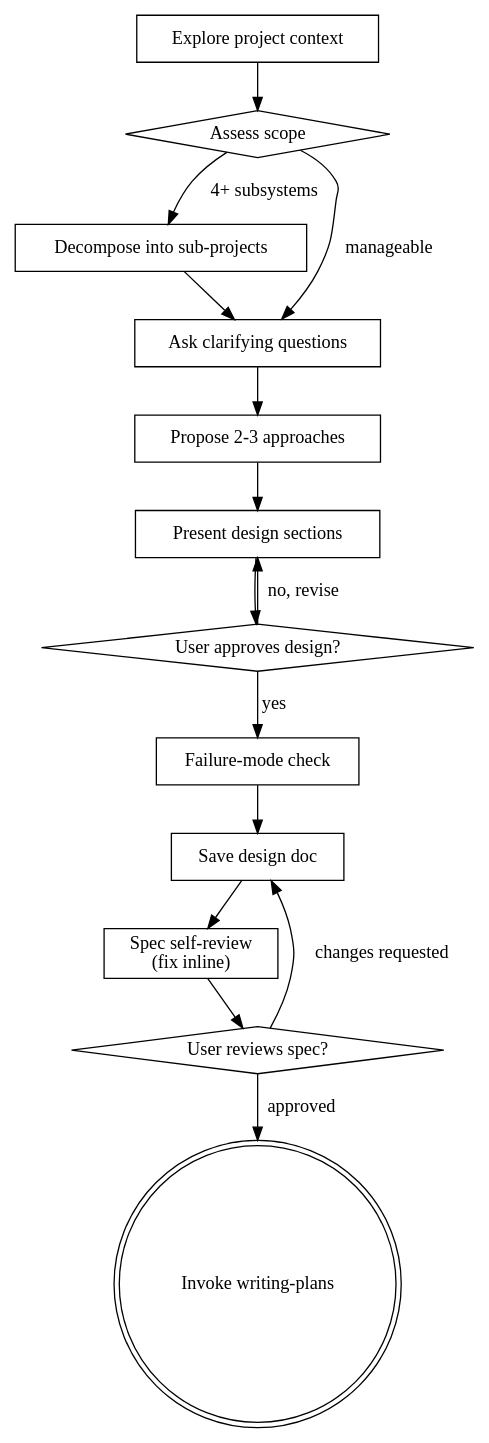
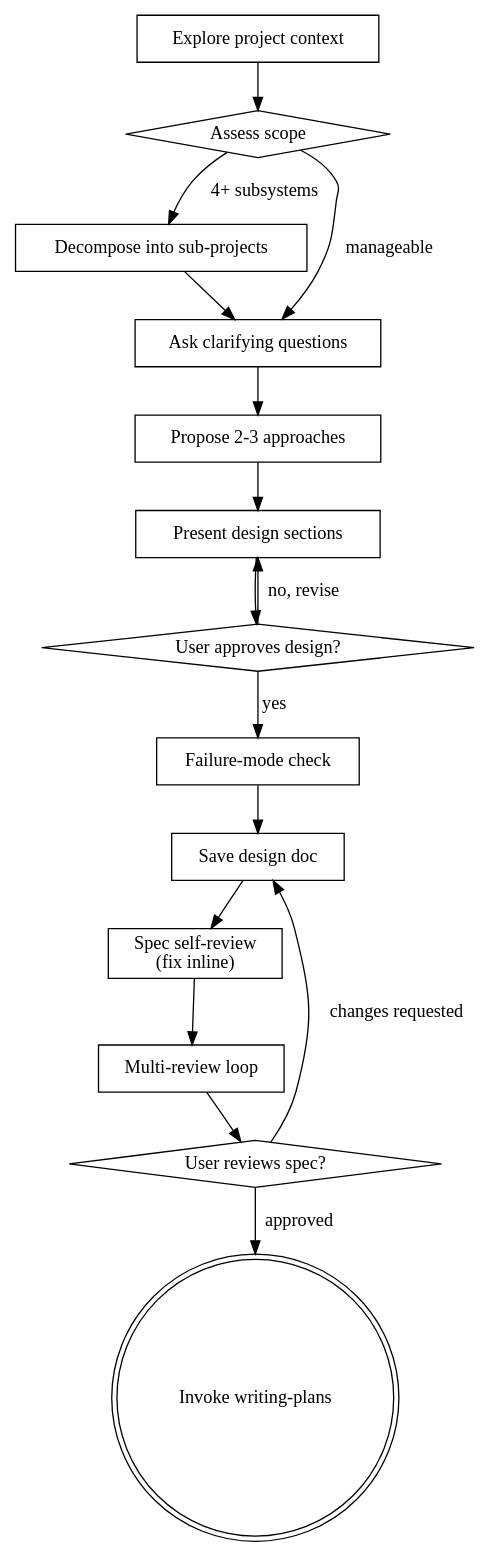
One commit to brunob54/superpowers-optimized changed the diagram in skills/brainstorming/SKILL.md. Above: the diagram before and after it, drawn with Graphviz. The commit also changed other lines of this file, not shown here.

Commit message:
brainstorming: multi-review loop before the user spec gate

````diff
--- a/skills/brainstorming/SKILL.md
+++ b/skills/brainstorming/SKILL.md
@@ -44,31 +45,33 @@
 ```dot
 digraph brainstorming {
     "Explore project context" [shape=box];
     "Assess scope" [shape=diamond];
     "Decompose into sub-projects" [shape=box];
     "Ask clarifying questions" [shape=box];
     "Propose 2-3 approaches" [shape=box];
     "Present design sections" [shape=box];
     "User approves design?" [shape=diamond];
     "Failure-mode check" [shape=box];
     "Save design doc" [shape=box];
     "Spec self-review\n(fix inline)" [shape=box];
+    "Multi-review loop" [shape=box];
     "User reviews spec?" [shape=diamond];
     "Invoke writing-plans" [shape=doublecircle];
 
     "Explore project context" -> "Assess scope";
     "Assess scope" -> "Decompose into sub-projects" [label="4+ subsystems"];
     "Assess scope" -> "Ask clarifying questions" [label="manageable"];
     "Decompose into sub-projects" -> "Ask clarifying questions";
     "Ask clarifying questions" -> "Propose 2-3 approaches";
     "Propose 2-3 approaches" -> "Present design sections";
     "Present design sections" -> "User approves design?";
     "User approves design?" -> "Present design sections" [label="no, revise"];
     "User approves design?" -> "Failure-mode check" [label="yes"];
     "Failure-mode check" -> "Save design doc";
     "Save design doc" -> "Spec self-review\n(fix inline)";
-    "Spec self-review\n(fix inline)" -> "User reviews spec?";
+    "Spec self-review\n(fix inline)" -> "Multi-review loop";
+    "Multi-review loop" -> "User reviews spec?";
     "User reviews spec?" -> "Save design doc" [label="changes requested"];
     "User reviews spec?" -> "Invoke writing-plans" [label="approved"];
 }
 ```
````
